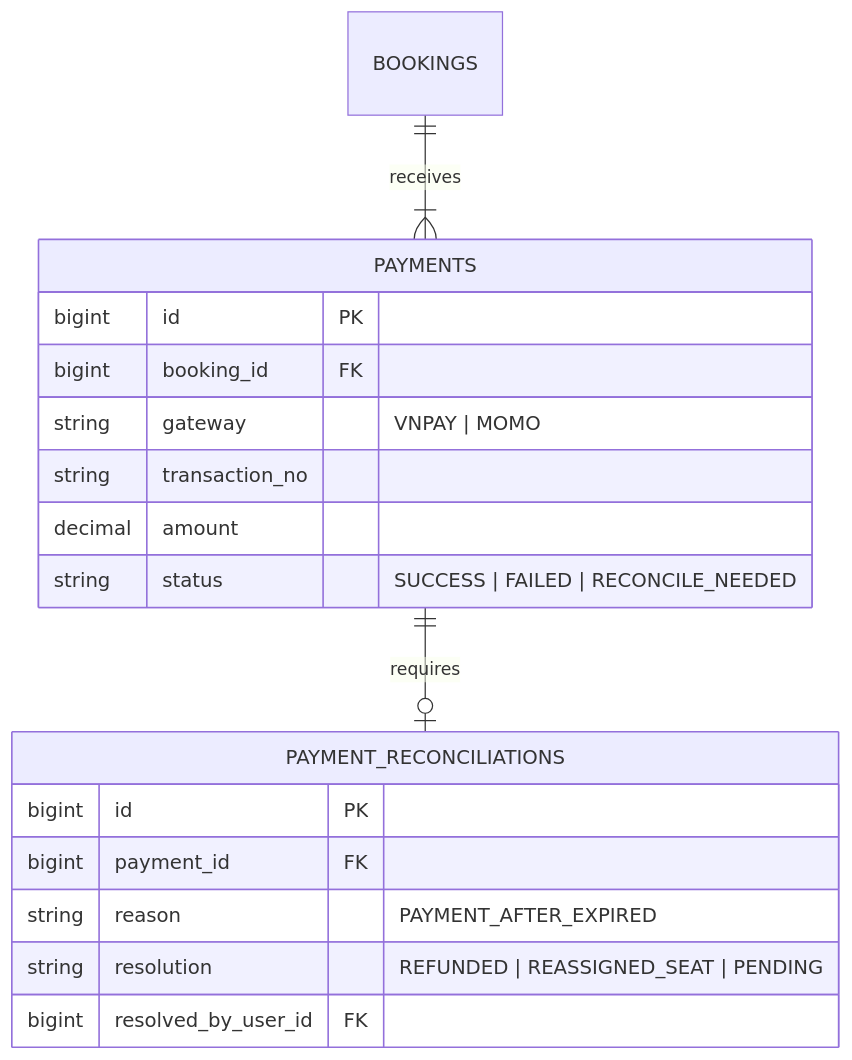
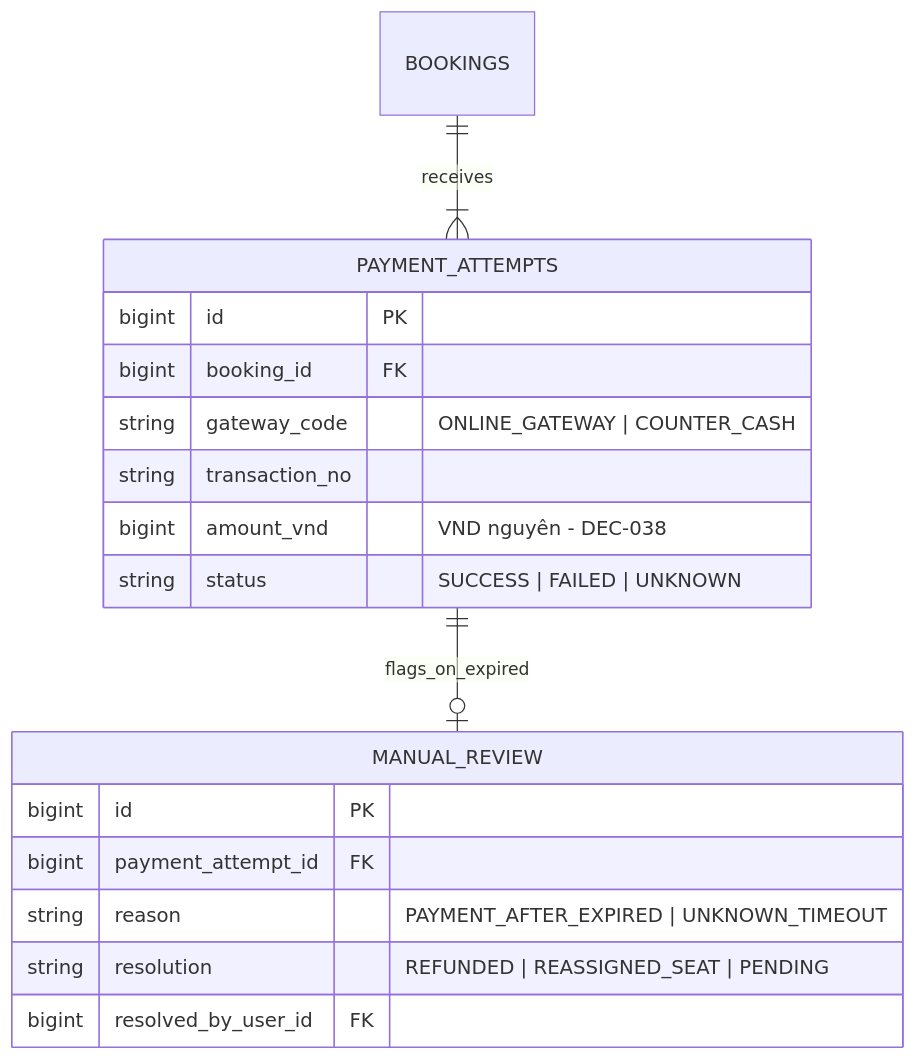
One commit to tomone2kd000-ux/superdong-booking-system changed the second of 2 diagrams in content/docs/chuong-04-thanh-toan-ve-dien-tu-va-qr-checkin/01-payment-gateway-webhook-va-giao-dich-qua-han.mdx. Above: the diagram before and after it, drawn with Mermaid. The commit also changed other lines of this file and 10 other files, not shown here.

Commit message:
docs: align Porto Action/Task rules, Logical ERD entities, Spatie Global RBAC, 9 Figma screens, and candidate proposals

````diff
--- a/content/docs/chuong-04-thanh-toan-ve-dien-tu-va-qr-checkin/01-payment-gateway-webhook-va-giao-dich-qua-han.mdx
+++ b/content/docs/chuong-04-thanh-toan-ve-dien-tu-va-qr-checkin/01-payment-gateway-webhook-va-giao-dich-qua-han.mdx
@@ -40,22 +40,22 @@
 ```mermaid
 erDiagram
-    BOOKINGS ||--|{ PAYMENTS : receives
-    PAYMENTS ||--o| PAYMENT_RECONCILIATIONS : requires
+    BOOKINGS ||--|{ PAYMENT_ATTEMPTS : receives
+    PAYMENT_ATTEMPTS ||--o| MANUAL_REVIEW : flags_on_expired
 
-    PAYMENTS {
+    PAYMENT_ATTEMPTS {
         bigint id PK
         bigint booking_id FK
-        string gateway "VNPAY | MOMO"
+        string gateway_code "ONLINE_GATEWAY | COUNTER_CASH"
         string transaction_no
-        decimal amount
-        string status "SUCCESS | FAILED | RECONCILE_NEEDED"
+        bigint amount_vnd "VND nguyên - DEC-038"
+        string status "SUCCESS | FAILED | UNKNOWN"
     }
 
-    PAYMENT_RECONCILIATIONS {
+    MANUAL_REVIEW {
         bigint id PK
-        bigint payment_id FK
-        string reason "PAYMENT_AFTER_EXPIRED"
+        bigint payment_attempt_id FK
+        string reason "PAYMENT_AFTER_EXPIRED | UNKNOWN_TIMEOUT"
         string resolution "REFUNDED | REASSIGNED_SEAT | PENDING"
         bigint resolved_by_user_id FK
     }
 ```
````
